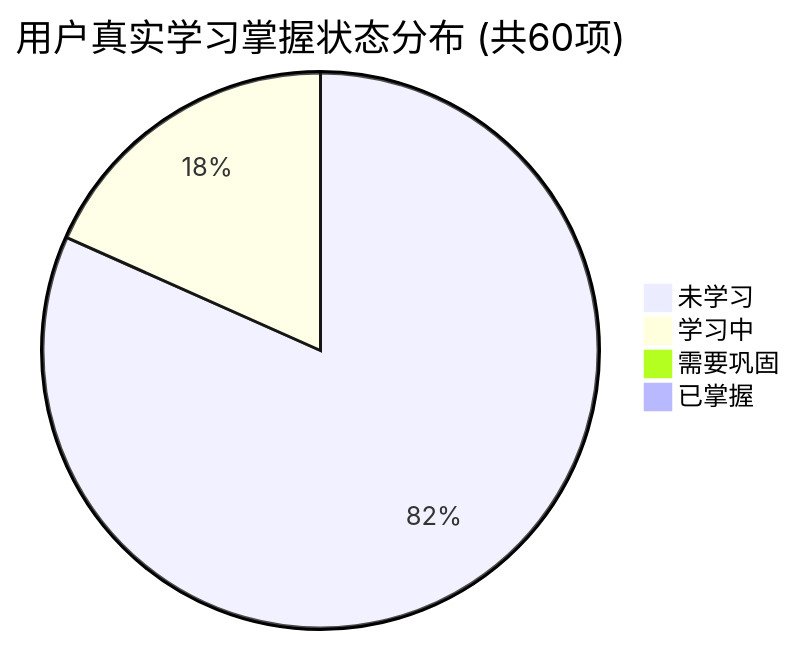
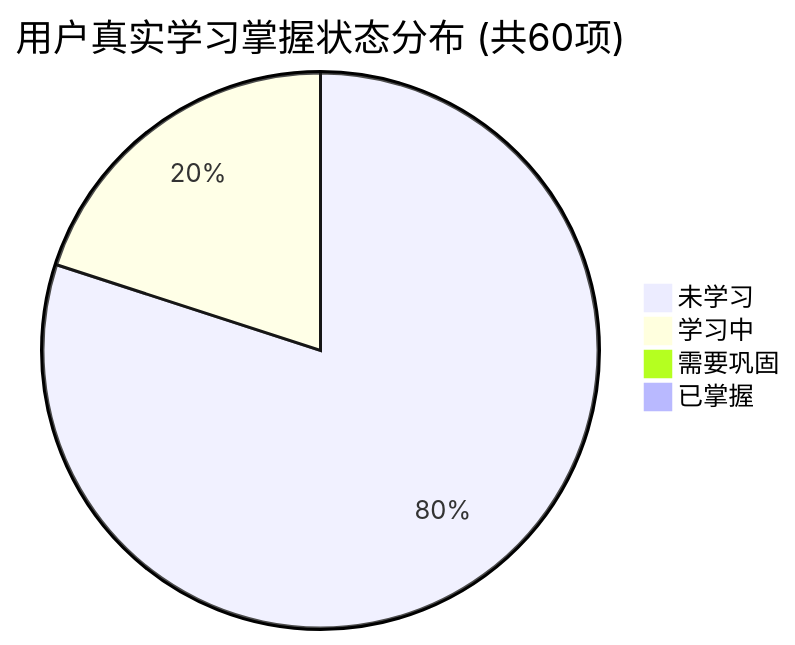
Before and after one commit to tieke1121/tech-interview-knowledge-base: the first of 2 diagrams in PROGRESS.md, drawn with Mermaid. The commit also changed other lines of this file and 1 other file, not shown here.

````diff
--- a/PROGRESS.md
+++ b/PROGRESS.md
@@ -27,7 +27,7 @@
 ```mermaid
 pie title 用户真实学习掌握状态分布 (共60项)
-    "未学习" : 49
-    "学习中" : 11
+    "未学习" : 48
+    "学习中" : 12
     "需要巩固" : 0
     "已掌握" : 0
 ```
````
